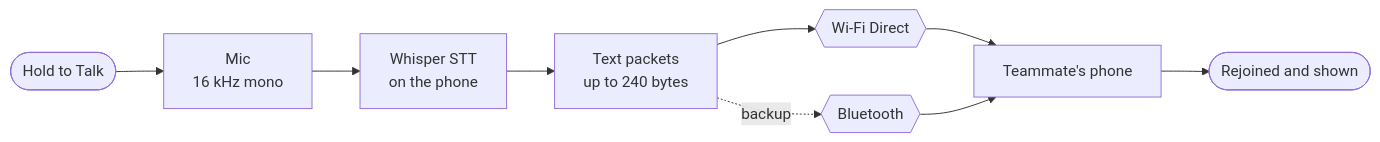
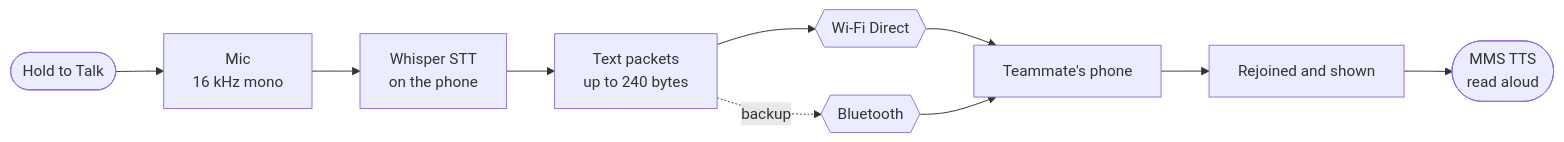
One commit to MOHAMMED-NOUMAN/RogueDevs changed the first of 2 diagrams in README.md. Above: the diagram before and after it, drawn with Mermaid. The commit also changed other lines of this file and 15 other files, not shown here.

First line of the commit message:
Phase 6: read incoming messages aloud with offline MMS voices

````diff
--- a/README.md
+++ b/README.md
@@ -134,11 +143,12 @@
 ```mermaid
 flowchart LR
     A([Hold to Talk]) --> B[Mic<br/>16 kHz mono]
     B --> C[Whisper STT<br/>on the phone]
     C --> D[Text packets<br/>up to 240 bytes]
     D --> E{{Wi-Fi Direct}}
     D -. backup .-> F{{Bluetooth}}
     E --> G[Teammate's phone]
     F --> G
-    G --> H([Rejoined and shown])
+    G --> H[Rejoined and shown]
+    H --> I([MMS TTS<br/>read aloud])
 ```
````
